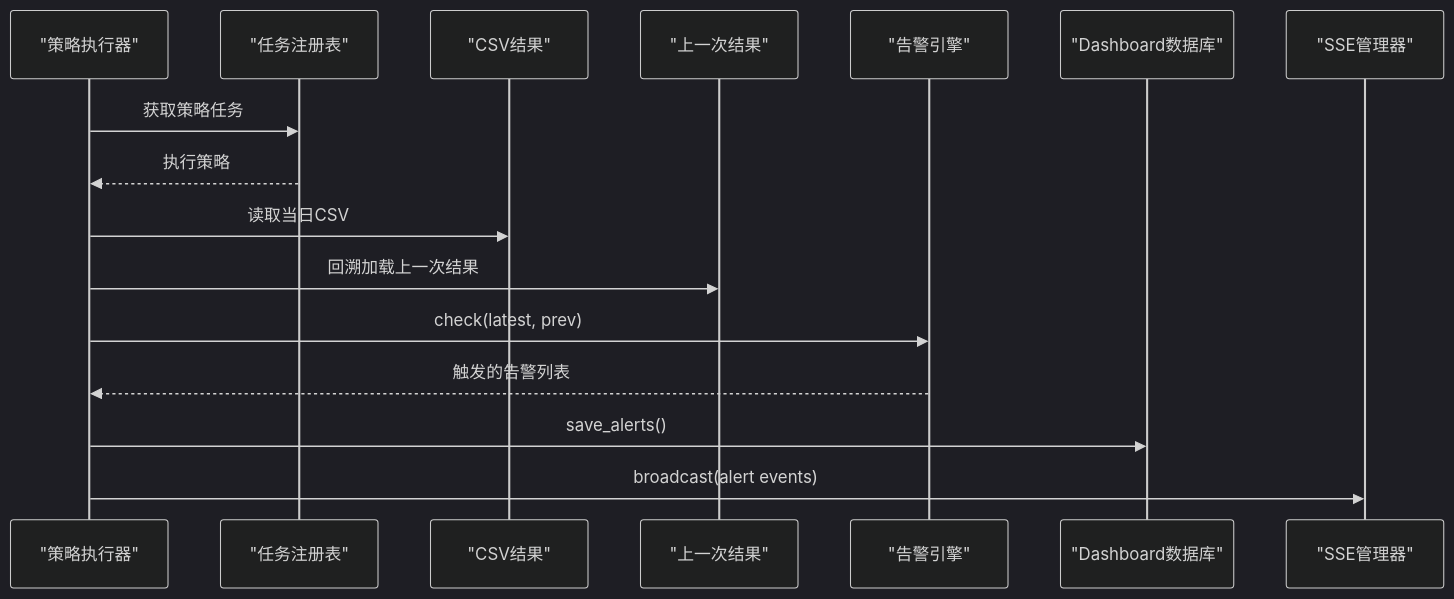
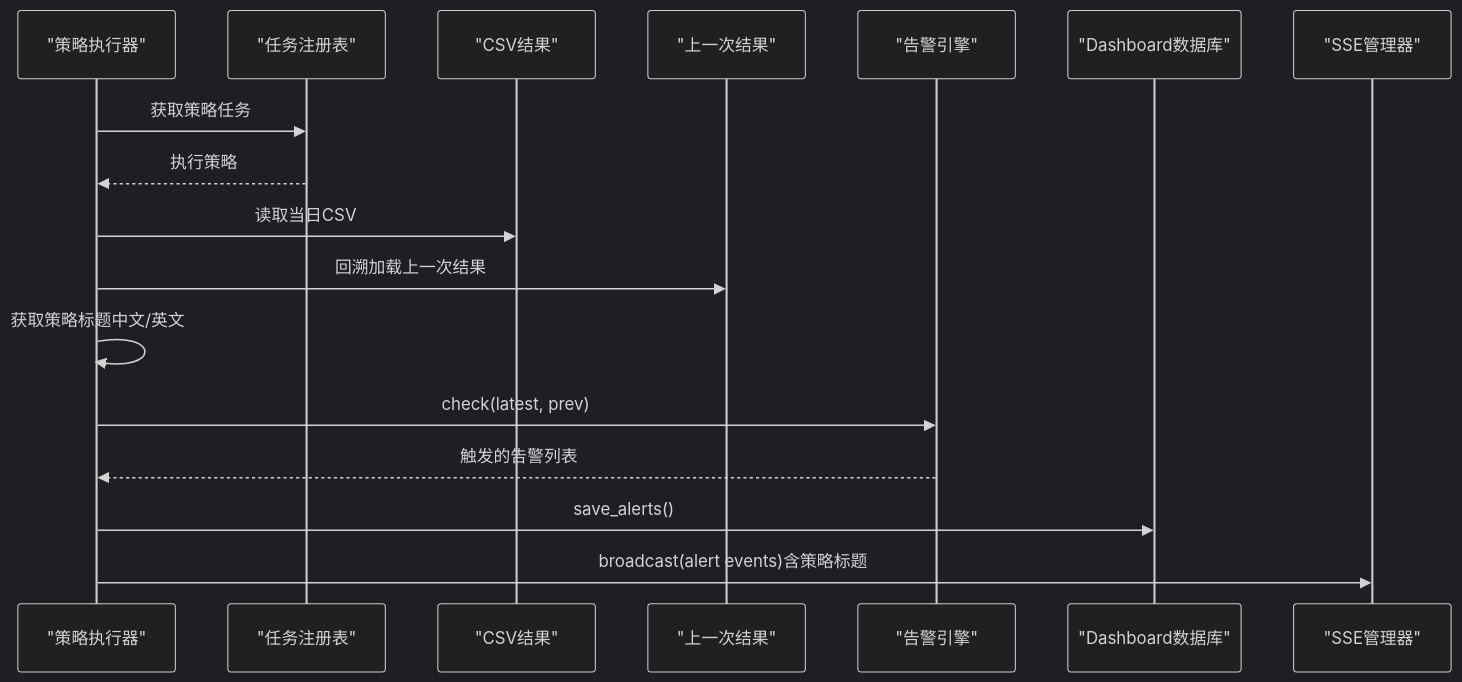
Before and after one commit to ldeng76/quant-ETF: the sixth of 9 diagrams in .qoder/repowiki/zh/content/实时监控和告警系统/实时监控和告警系统.md, drawn with Mermaid (dark theme). The commit also changed other lines of this file and 12 other files, not shown here.

````diff
--- a/.qoder/repowiki/zh/content/实时监控和告警系统/实时监控和告警系统.md
+++ b/.qoder/repowiki/zh/content/实时监控和告警系统/实时监控和告警系统.md
@@ -258,18 +313,19 @@
 ```mermaid
 sequenceDiagram
 participant Runner as "策略执行器"
 participant Task as "任务注册表"
 participant CSV as "CSV结果"
 participant Prev as "上一次结果"
 participant AE as "告警引擎"
 participant DB as "Dashboard数据库"
 participant SSE as "SSE管理器"
 Runner->>Task : 获取策略任务
 Task-->>Runner : 执行策略
 Runner->>CSV : 读取当日CSV
 Runner->>Prev : 回溯加载上一次结果
+Runner->>Runner : 获取策略标题中文/英文
 Runner->>AE : check(latest, prev)
 AE-->>Runner : 触发的告警列表
 Runner->>DB : save_alerts()
-Runner->>SSE : broadcast(alert events)
+Runner->>SSE : broadcast(alert events)含策略标题
 ```
````
